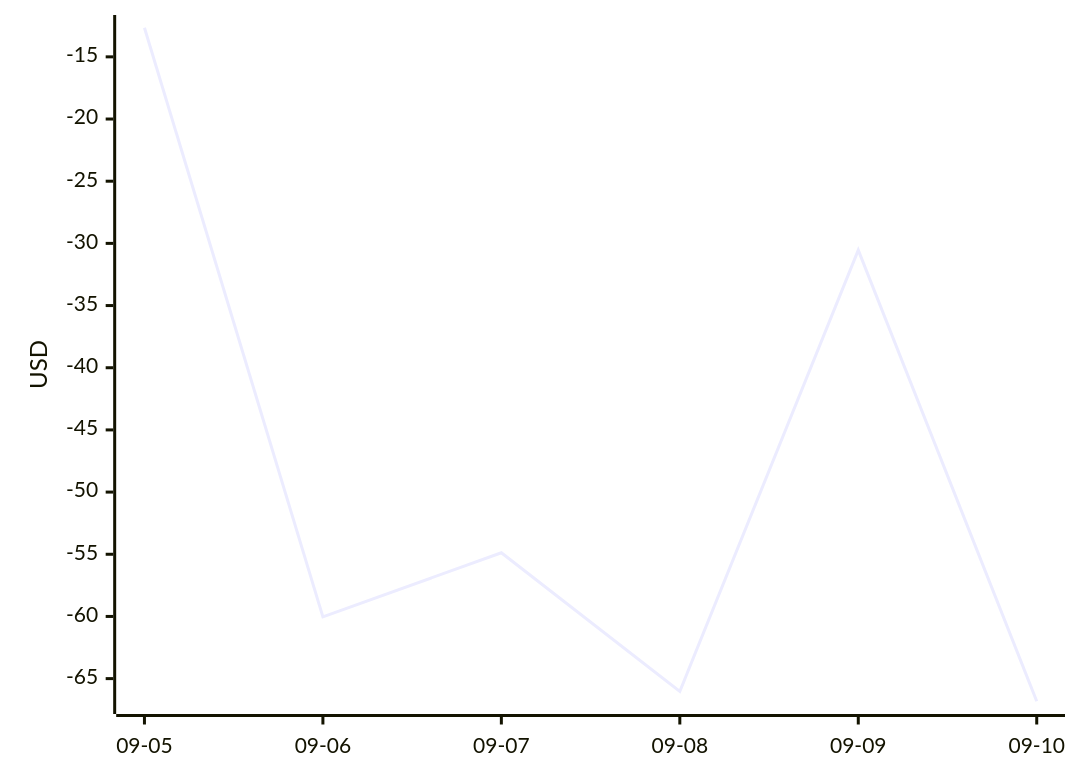
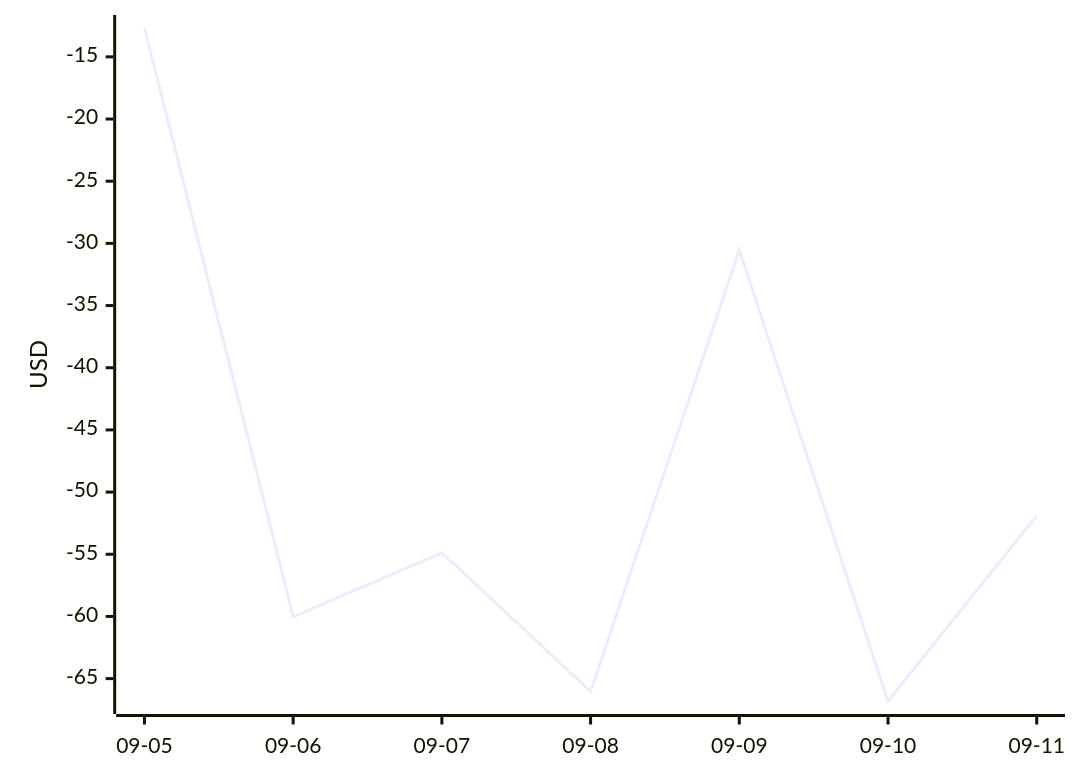
The diagram in DASHBOARD.md (aryanvaid2108/prediction-trading), drawn with Mermaid before and after one commit. The commit also changed other lines of this file and 6 other files, not shown here.

````diff
--- a/DASHBOARD.md
+++ b/DASHBOARD.md
@@ -61,6 +62,6 @@
 ```mermaid
 xychart-beta
-  x-axis ["09-05", "09-06", "09-07", "09-08", "09-09", "09-10"]
+  x-axis ["09-05", "09-06", "09-07", "09-08", "09-09", "09-10", "09-11"]
   y-axis "USD"
-  line [-12.66, -60.03, -54.88, -66.03, -30.54, -66.82]
+  line [-12.66, -60.03, -54.88, -66.03, -30.54, -66.82, -51.90]
 ```
````
